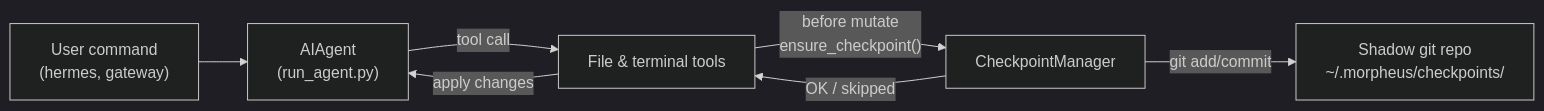
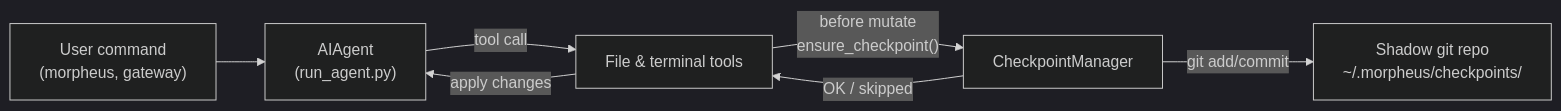
Before and after one commit to alinojoumi8/morpheus-agents: the diagram in website/docs/user-guide/checkpoints-and-rollback.md, drawn with Mermaid (dark theme). The commit also changed other lines of this file and 474 other files, not shown here.

````diff
--- a/website/docs/user-guide/checkpoints-and-rollback.md
+++ b/website/docs/user-guide/checkpoints-and-rollback.md
@@ -42,15 +42,15 @@
 ```mermaid
 flowchart LR
-  user["User command\n(hermes, gateway)"]
+  user["User command\n(morpheus, gateway)"]
   agent["AIAgent\n(run_agent.py)"]
   tools["File & terminal tools"]
   cpMgr["CheckpointManager"]
   shadowRepo["Shadow git repo\n~/.morpheus/checkpoints/<hash>"]
 
   user --> agent
   agent -->|"tool call"| tools
   tools -->|"before mutate\nensure_checkpoint()"| cpMgr
   cpMgr -->|"git add/commit"| shadowRepo
   cpMgr -->|"OK / skipped"| tools
   tools -->|"apply changes"| agent
 ```
````
